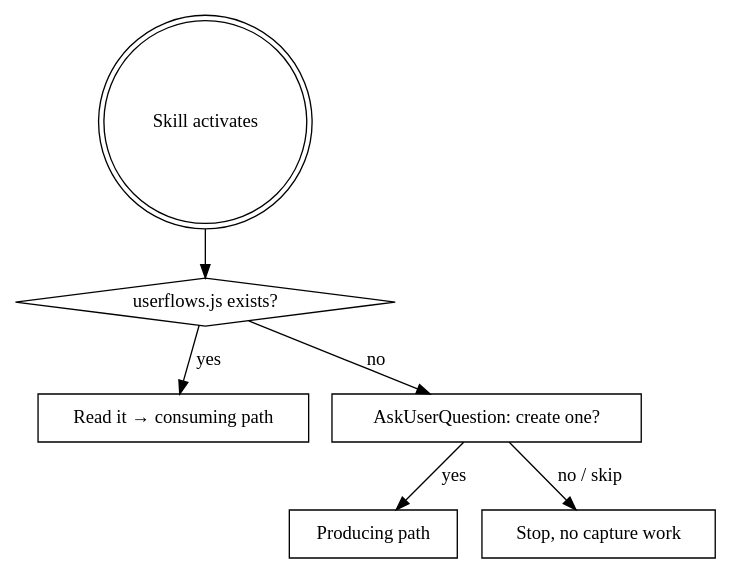
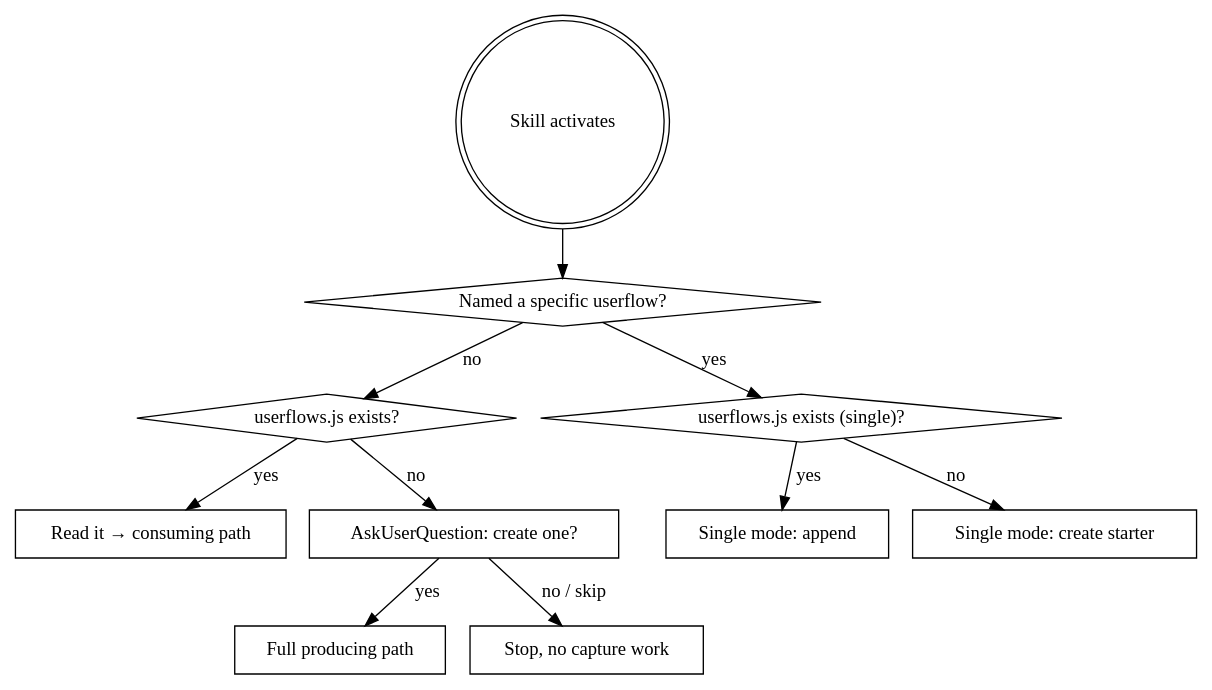
The diagram in dev-tools/userflow-capture/SKILL.md (addisonk/claude-code-skills), drawn with Graphviz before and after one commit. The commit also changed other lines of this file and 1 other file, not shown here.

First line of the commit message:
userflow-capture: single-flow mode + fix step numbering to start at 1

````diff
--- a/dev-tools/userflow-capture/SKILL.md
+++ b/dev-tools/userflow-capture/SKILL.md
@@ -26,16 +26,24 @@
 ```dot
 digraph entry {
   "Skill activates" [shape=doublecircle];
+  "Named a specific userflow?" [shape=diamond];
   "userflows.js exists?" [shape=diamond];
+  "userflows.js exists (single)?" [shape=diamond];
+  "Single mode: append" [shape=box];
+  "Single mode: create starter" [shape=box];
   "Read it → consuming path" [shape=box];
   "AskUserQuestion: create one?" [shape=box];
-  "Producing path" [shape=box];
+  "Full producing path" [shape=box];
   "Stop, no capture work" [shape=box];
 
-  "Skill activates" -> "userflows.js exists?";
+  "Skill activates" -> "Named a specific userflow?";
+  "Named a specific userflow?" -> "userflows.js exists?" [label="no"];
+  "Named a specific userflow?" -> "userflows.js exists (single)?" [label="yes"];
+  "userflows.js exists (single)?" -> "Single mode: append" [label="yes"];
+  "userflows.js exists (single)?" -> "Single mode: create starter" [label="no"];
   "userflows.js exists?" -> "Read it → consuming path" [label="yes"];
   "userflows.js exists?" -> "AskUserQuestion: create one?" [label="no"];
-  "AskUserQuestion: create one?" -> "Producing path" [label="yes"];
+  "AskUserQuestion: create one?" -> "Full producing path" [label="yes"];
   "AskUserQuestion: create one?" -> "Stop, no capture work" [label="no / skip"];
 }
 ```
````
